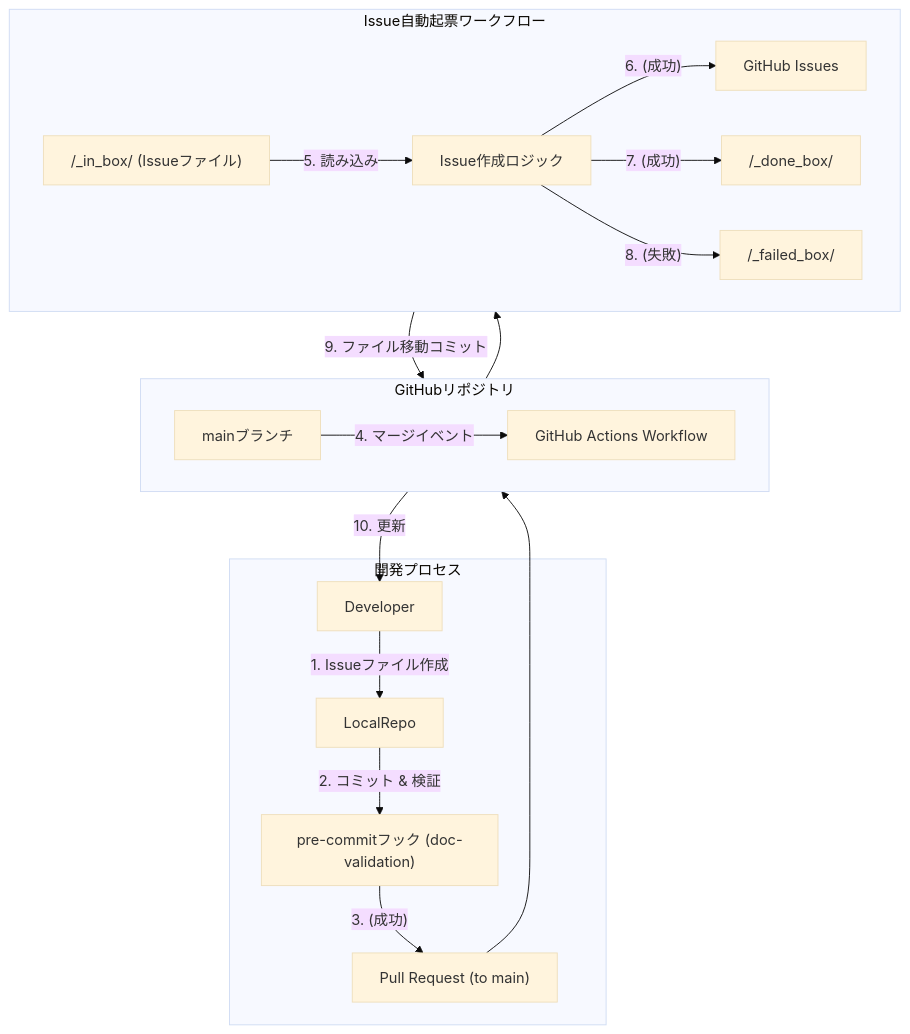
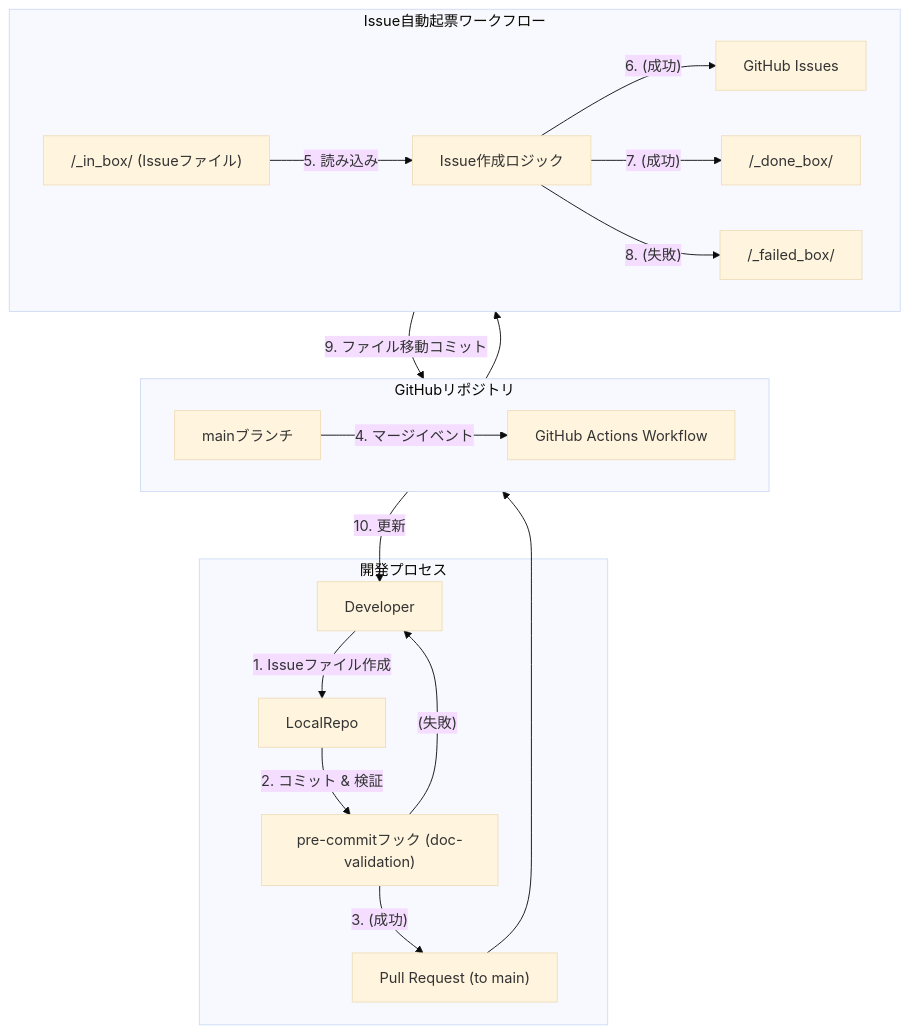
One commit to masa-codehub/github_broker changed the diagram in docs/architecture/adr-017-issue-creator-workflow/index.md. Above: the diagram before and after it, drawn with Mermaid (base theme). The commit also changed 3 other files, not shown here.

Commit message:
docs(architecture): adr-017のレビューコメントを反映

````diff
--- a/docs/architecture/adr-017-issue-creator-workflow/index.md
+++ b/docs/architecture/adr-017-issue-creator-workflow/index.md
@@ -24,26 +24,27 @@
 ```mermaid
 graph TD
     subgraph 開発プロセス
         Developer -- 1. Issueファイル作成 --> LocalRepo
         LocalRepo -- 2. コミット & 検証 --> Validation["pre-commitフック (doc-validation)"]
         Validation -- 3. (成功) --> PR["Pull Request (to main)"]
+        Validation -- "(失敗)" --> Developer
     end
 
     subgraph GitHubリポジトリ
         direction LR
         PR --> GitHub_Main["mainブランチ"]
         GitHub_Main -- 4. マージイベント --> GitHubActions_Workflow["GitHub Actions Workflow"]
     end
 
     subgraph Issue自動起票ワークフロー
         direction LR
         GitHubActions_Workflow --> IssueFile_inbox["/_in_box/ (Issueファイル)"]
         IssueFile_inbox -- 5. 読み込み --> IssueCreationLogic["Issue作成ロジック"]
         IssueCreationLogic -- 6. (成功) --> GitHub_Issues["GitHub Issues"]
         IssueCreationLogic -- 7. (成功) --> IssueFile_donebox["/_done_box/"]
         IssueCreationLogic -- 8. (失敗) --> IssueFile_failedbox["/_failed_box/"]
         IssueCreationLogic -- 9. ファイル移動コミット --> GitHub_Main
     end
 
     GitHub_Main -- 10. 更新 --> Developer
 ```
````
